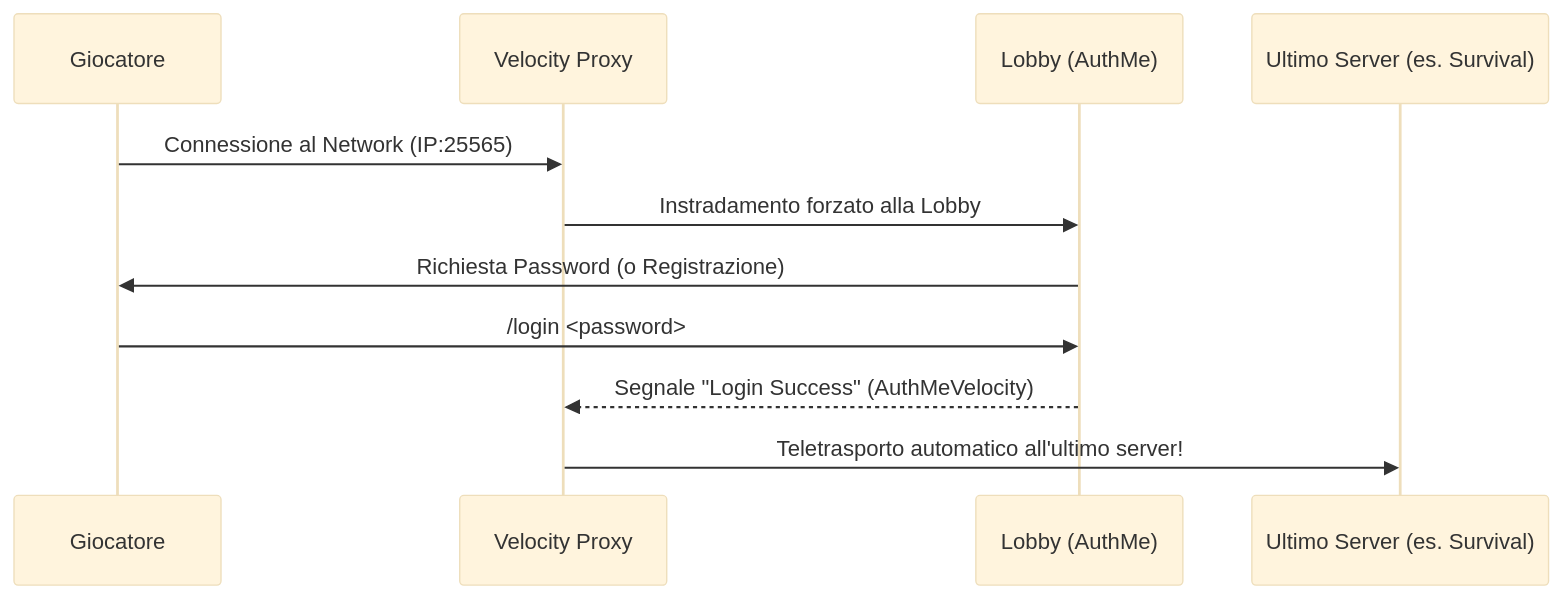
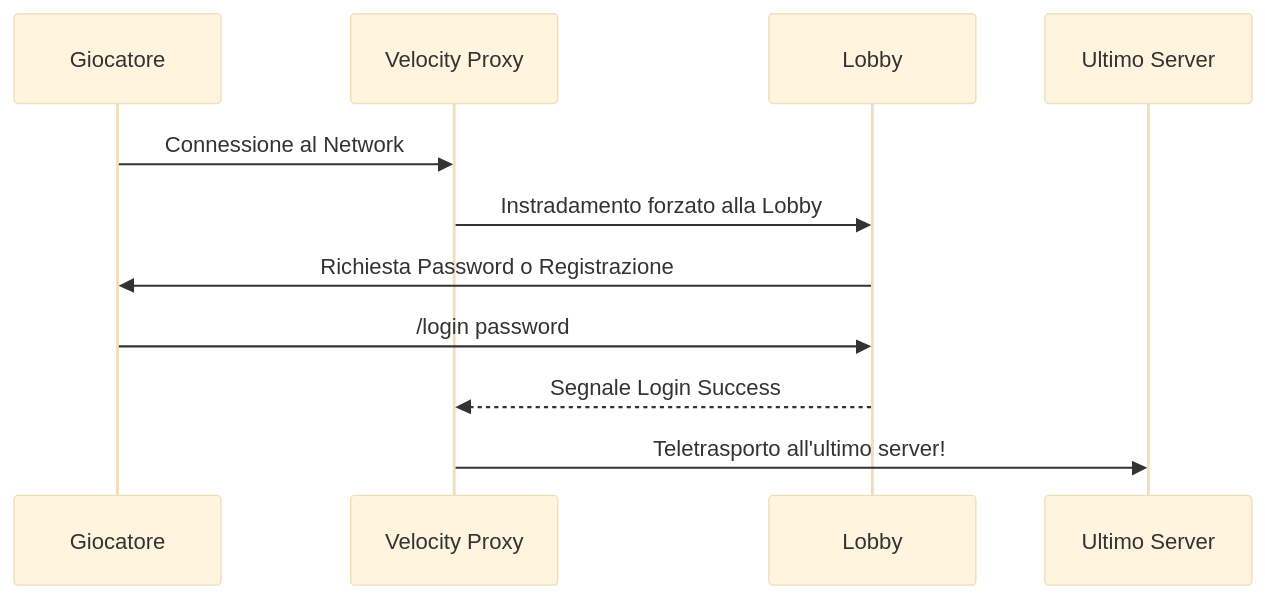
One commit to AlfioSaitta/MC-Panel changed the second of 3 diagrams in GUIDE.md. Above: the diagram before and after it, drawn with Mermaid (base theme). The commit also changed other lines of this file, not shown here.

Commit message:
fix(docs): correzione sintassi mermaid per render rendering su GitHub

````diff
--- a/GUIDE.md
+++ b/GUIDE.md
@@ -65,14 +65,14 @@
 ```mermaid
 sequenceDiagram
     participant P as Giocatore
     participant V as Velocity Proxy
-    participant L as Lobby (AuthMe)
-    participant S as Ultimo Server (es. Survival)
+    participant L as Lobby
+    participant S as Ultimo Server
     
-    P->>V: Connessione al Network (IP:25565)
+    P->>V: Connessione al Network
     V->>L: Instradamento forzato alla Lobby
-    L->>P: Richiesta Password (o Registrazione)
-    P->>L: /login <password>
-    L-->>V: Segnale "Login Success" (AuthMeVelocity)
-    V->>S: Teletrasporto automatico all'ultimo server!
+    L->>P: Richiesta Password o Registrazione
+    P->>L: /login password
+    L-->>V: Segnale Login Success
+    V->>S: Teletrasporto all'ultimo server!
 ```
````
